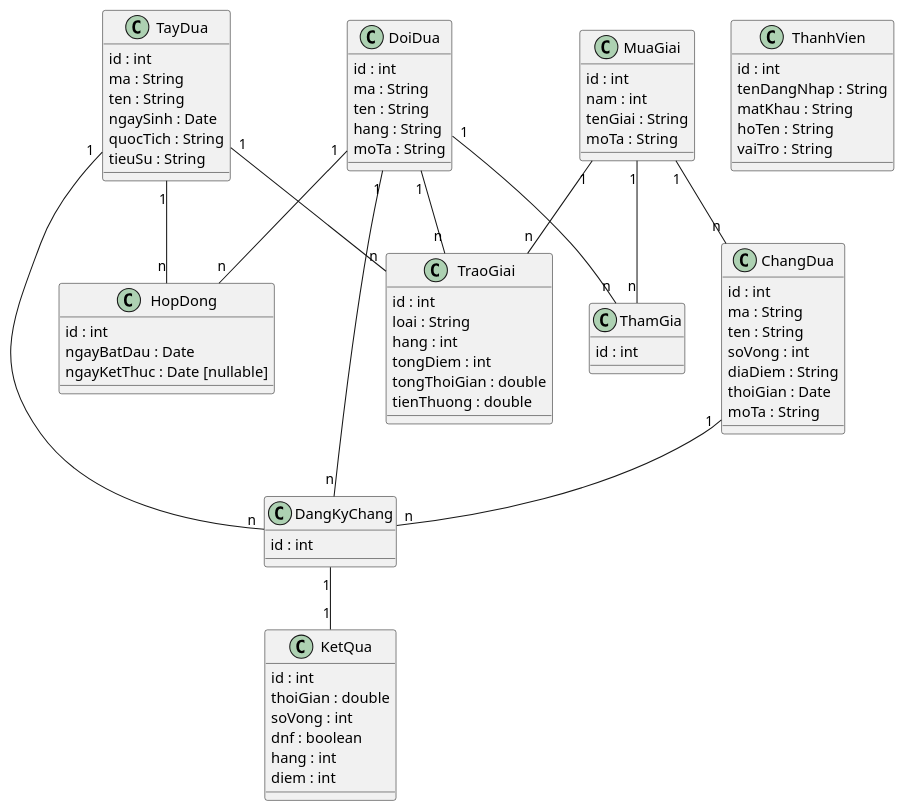
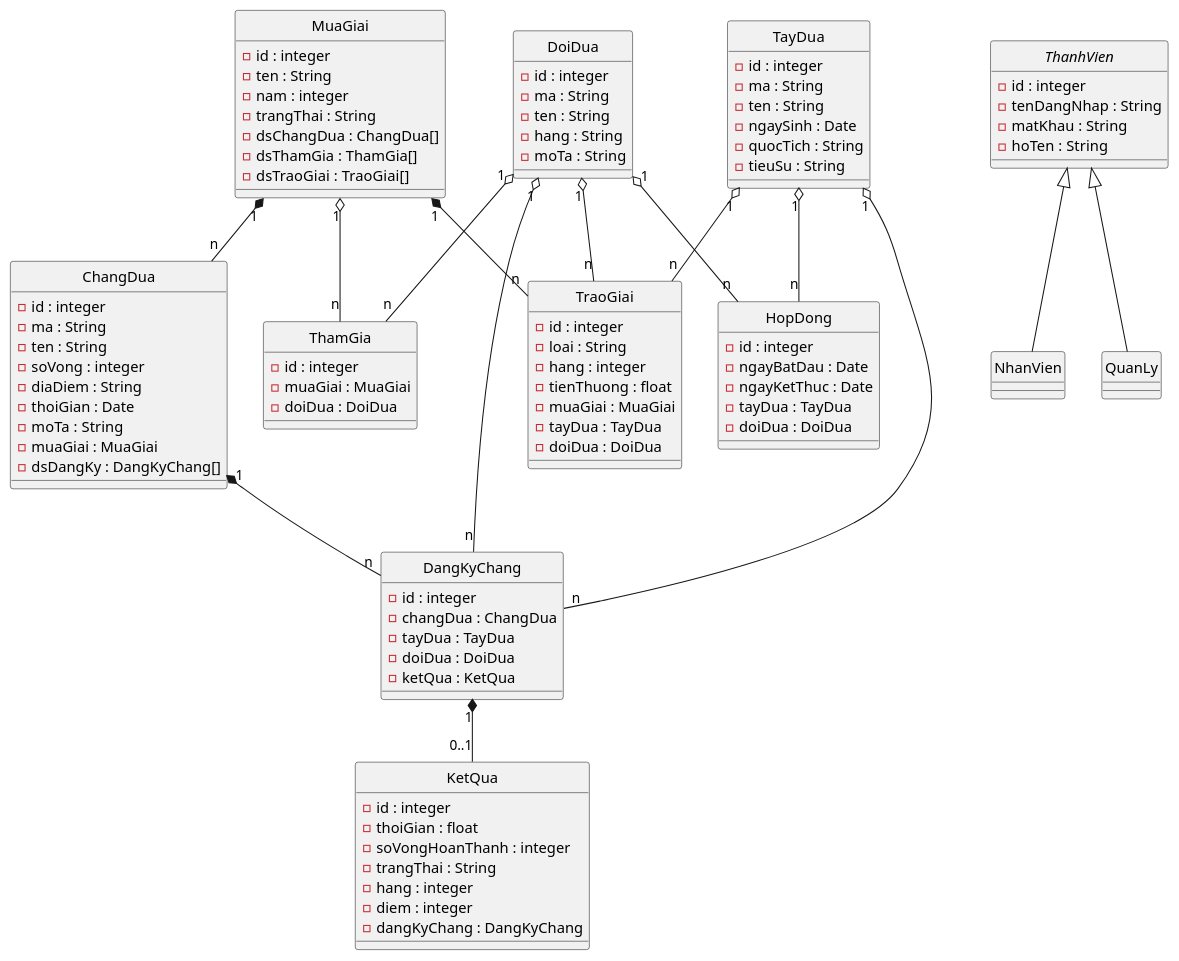
Before and after one commit to 7gho/CNPM-He2026: the third of 5 diagrams in docs/03-lop-thuc-the-va-csdl.md, drawn with PlantUML. The commit also changed other lines of this file and 53 other files, not shown here.

````diff
--- a/docs/03-lop-thuc-the-va-csdl.md
+++ b/docs/03-lop-thuc-the-va-csdl.md
@@ -52,81 +365,102 @@
 ```plantuml
 @startuml
+hide circle
 class MuaGiai {
-  id : int
-  nam : int
-  tenGiai : String
-  moTa : String
+  -id : integer
+  -ten : String
+  -nam : integer
+  -trangThai : String
+  -dsChangDua : ChangDua[]
+  -dsThamGia : ThamGia[]
+  -dsTraoGiai : TraoGiai[]
 }
 class ChangDua {
-  id : int
-  ma : String
-  ten : String
-  soVong : int
-  diaDiem : String
-  thoiGian : Date
-  moTa : String
+  -id : integer
+  -ma : String
+  -ten : String
+  -soVong : integer
+  -diaDiem : String
+  -thoiGian : Date
+  -moTa : String
+  -muaGiai : MuaGiai
+  -dsDangKy : DangKyChang[]
 }
 class DoiDua {
-  id : int
-  ma : String
-  ten : String
-  hang : String
-  moTa : String
+  -id : integer
+  -ma : String
+  -ten : String
+  -hang : String
+  -moTa : String
 }
 class TayDua {
-  id : int
-  ma : String
-  ten : String
-  ngaySinh : Date
-  quocTich : String
-  tieuSu : String
+  -id : integer
+  -ma : String
+  -ten : String
+  -ngaySinh : Date
+  -quocTich : String
+  -tieuSu : String
+}
+class ThamGia {
+  -id : integer
+  -muaGiai : MuaGiai
+  -doiDua : DoiDua
 }
 class HopDong {
-  id : int
-  ngayBatDau : Date
-  ngayKetThuc : Date [nullable]
+  -id : integer
+  -ngayBatDau : Date
+  -ngayKetThuc : Date
+  -tayDua : TayDua
+  -doiDua : DoiDua
 }
 class DangKyChang {
-  id : int
+  -id : integer
+  -changDua : ChangDua
+  -tayDua : TayDua
+  -doiDua : DoiDua
+  -ketQua : KetQua
 }
 class KetQua {
-  id : int
-  thoiGian : double
-  soVong : int
-  dnf : boolean
-  hang : int
-  diem : int
+  -id : integer
+  -thoiGian : float
+  -soVongHoanThanh : integer
+  -trangThai : String
+  -hang : integer
+  -diem : integer
+  -dangKyChang : DangKyChang
 }
 class TraoGiai {
-  id : int
-  loai : String
-  hang : int
-  tongDiem : int
-  tongThoiGian : double
-  tienThuong : double
+  -id : integer
+  -loai : String
+  -hang : integer
+  -tienThuong : float
+  -muaGiai : MuaGiai
+  -tayDua : TayDua
+  -doiDua : DoiDua
 }
-class ThamGia {
-  id : int
+abstract class ThanhVien {
+  -id : integer
+  -tenDangNhap : String
+  -matKhau : String
+  -hoTen : String
 }
-class ThanhVien {
-  id : int
-  tenDangNhap : String
-  matKhau : String
-  hoTen : String
-  vaiTro : String
+class NhanVien {
+}
+class QuanLy {
 }
 
-MuaGiai "1" -- "n" ChangDua
-MuaGiai "1" -- "n" ThamGia
-DoiDua "1" -- "n" ThamGia
-TayDua "1" -- "n" HopDong
-DoiDua "1" -- "n" HopDong
-ChangDua "1" -- "n" DangKyChang
-TayDua "1" -- "n" DangKyChang
-DoiDua "1" -- "n" DangKyChang
-DangKyChang "1" -- "1" KetQua
-MuaGiai "1" -- "n" TraoGiai
-TayDua "1" -- "n" TraoGiai
-DoiDua "1" -- "n" TraoGiai
+MuaGiai "1" *-- "n" ChangDua
+MuaGiai "1" o-- "n" ThamGia
+DoiDua "1" o-- "n" ThamGia
+TayDua "1" o-- "n" HopDong
+DoiDua "1" o-- "n" HopDong
+ChangDua "1" *-- "n" DangKyChang
+TayDua "1" o-- "n" DangKyChang
+DoiDua "1" o-- "n" DangKyChang
+DangKyChang "1" *-- "0..1" KetQua
+MuaGiai "1" *-- "n" TraoGiai
+TayDua "1" o-- "n" TraoGiai
+DoiDua "1" o-- "n" TraoGiai
+ThanhVien <|-- NhanVien
+ThanhVien <|-- QuanLy
 @enduml
 ```
````
